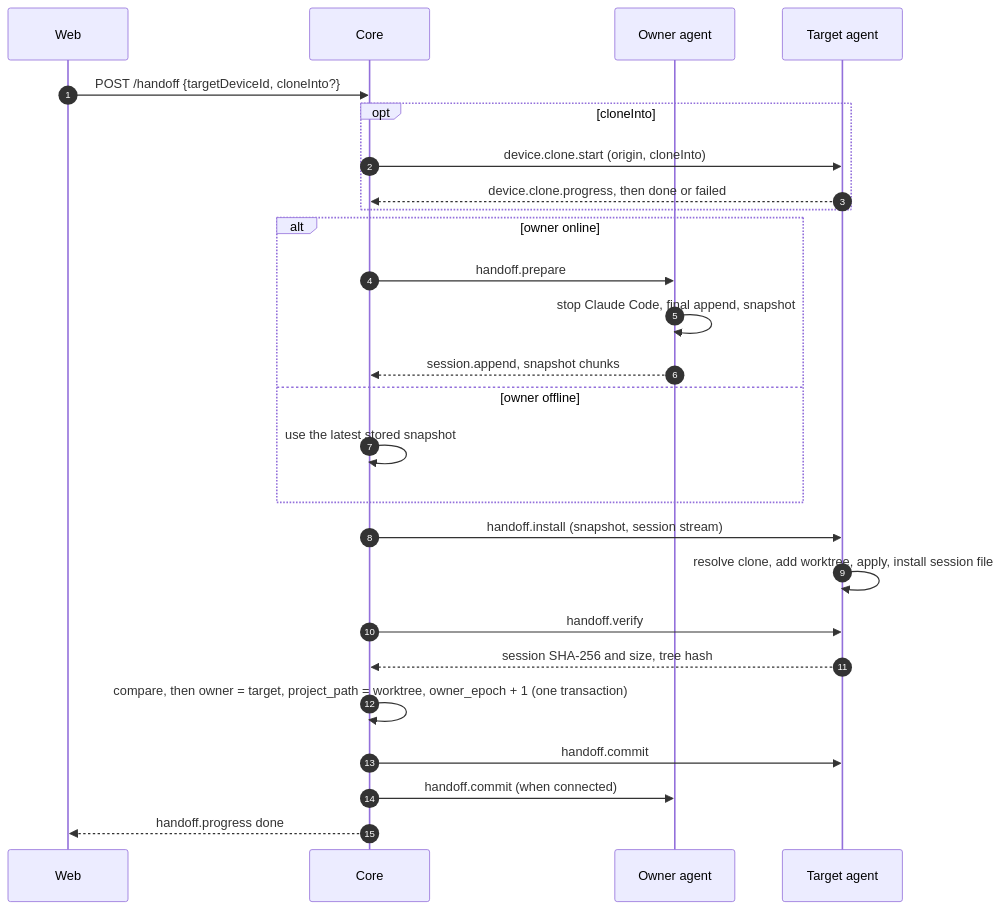
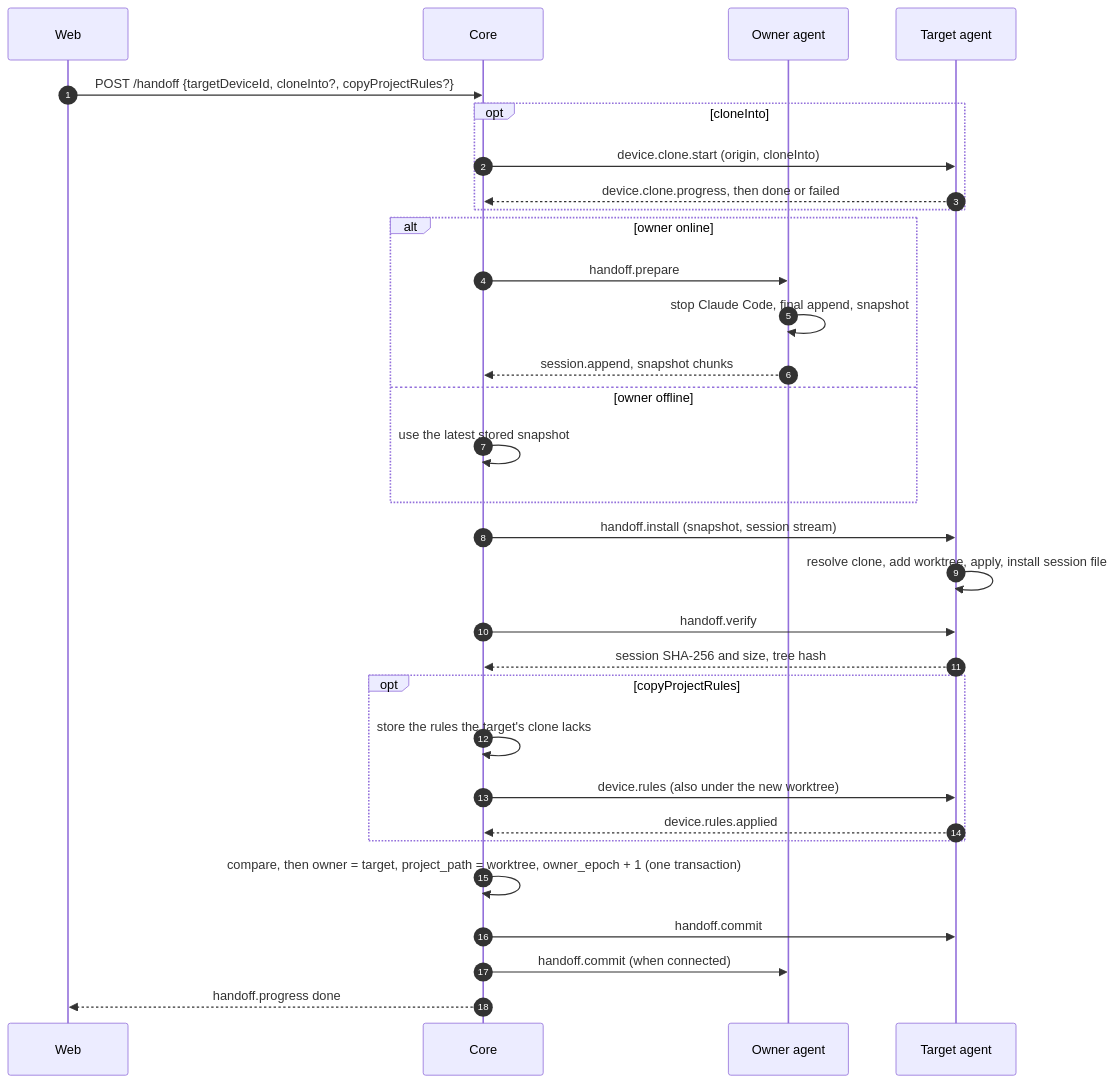
Before and after one commit to yangflow/hoplet: the second of 2 diagrams in docs/architecture.md, drawn with Mermaid. The commit also changed other lines of this file and 46 other files, not shown here.

Commit message:
feat(core): Copy project rules to the target machine on hand-off (#352)

````diff
--- a/docs/architecture.md
+++ b/docs/architecture.md
@@ -612,28 +619,33 @@
 ```mermaid
 sequenceDiagram
   autonumber
   participant Web
   participant Core
   participant Src as Owner agent
   participant Dst as Target agent
-  Web->>Core: POST /handoff {targetDeviceId, cloneInto?}
+  Web->>Core: POST /handoff {targetDeviceId, cloneInto?, copyProjectRules?}
   opt cloneInto
     Core->>Dst: device.clone.start (origin, cloneInto)
     Dst-->>Core: device.clone.progress, then done or failed
   end
   alt owner online
     Core->>Src: handoff.prepare
     Src->>Src: stop Claude Code, final append, snapshot
     Src-->>Core: session.append, snapshot chunks
   else owner offline
     Core->>Core: use the latest stored snapshot
   end
   Core->>Dst: handoff.install (snapshot, session stream)
   Dst->>Dst: resolve clone, add worktree, apply, install session file
   Core->>Dst: handoff.verify
   Dst-->>Core: session SHA-256 and size, tree hash
+  opt copyProjectRules
+    Core->>Core: store the rules the target's clone lacks
+    Core->>Dst: device.rules (also under the new worktree)
+    Dst-->>Core: device.rules.applied
+  end
   Core->>Core: compare, then owner = target, project_path = worktree, owner_epoch + 1 (one transaction)
   Core->>Dst: handoff.commit
   Core->>Src: handoff.commit (when connected)
   Core-->>Web: handoff.progress done
 ```
````
